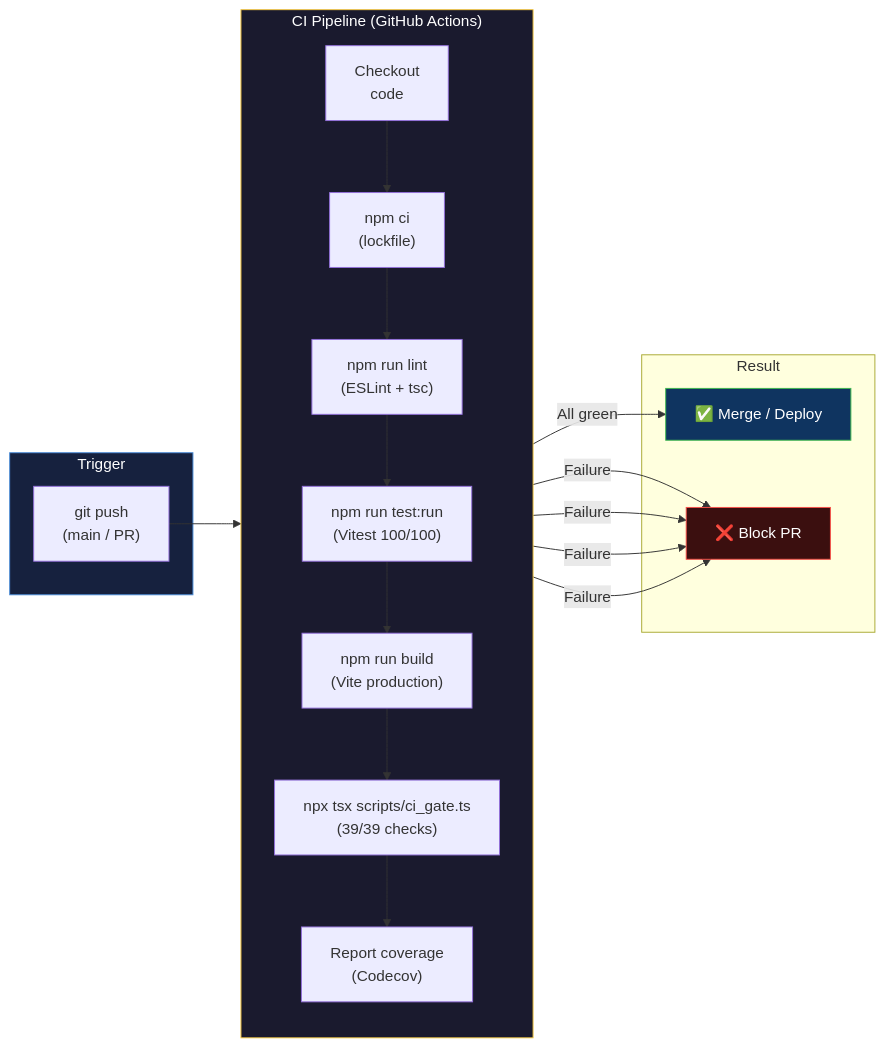
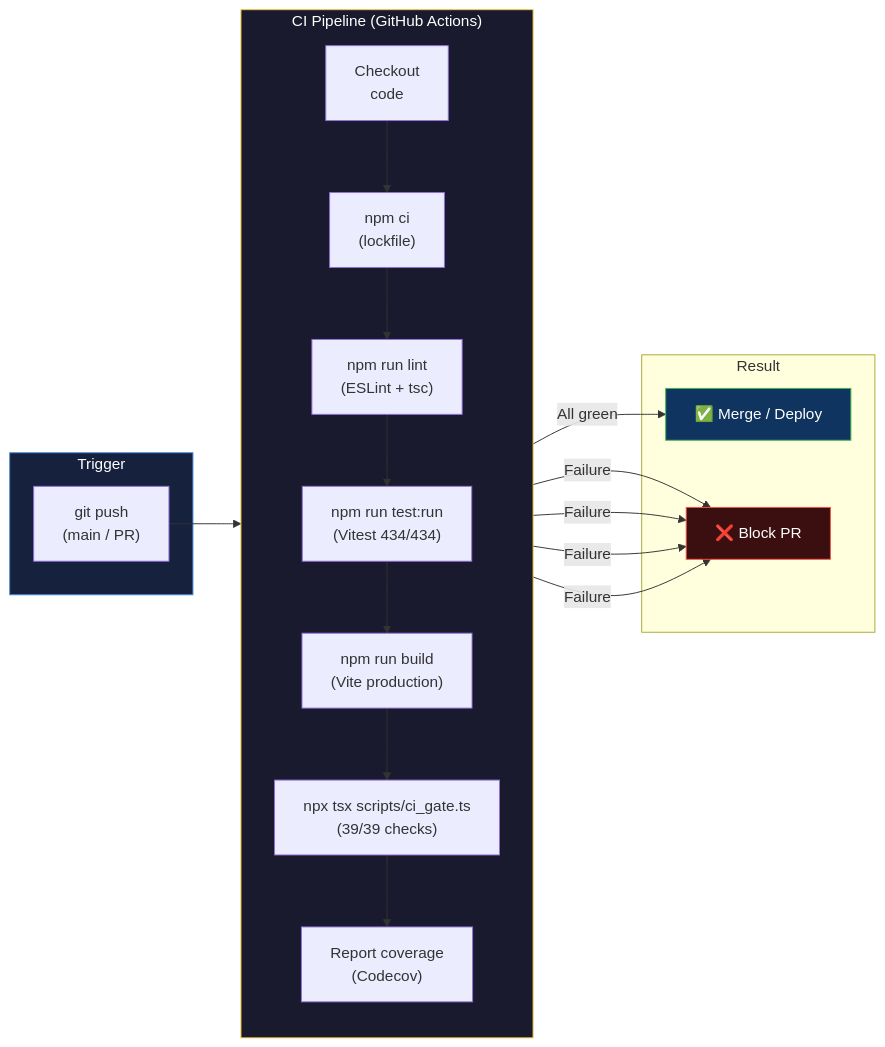
One commit to mustafaras/belief_emergence changed diagram 11 of 15 in README.md. Above: the diagram before and after it, drawn with Mermaid. The commit also changed other lines of this file and 11 other files, not shown here.

````diff
--- a/README.md
+++ b/README.md
@@ -1787,36 +1828,36 @@
 ```mermaid
 flowchart LR
     subgraph Trigger["Trigger"]
         Push["git push\n(main / PR)"]
     end
 
     subgraph Pipeline["CI Pipeline (GitHub Actions)"]
         direction TB
         Checkout["Checkout\ncode"]
         Install["npm ci\n(lockfile)"]
         Lint["npm run lint\n(ESLint + tsc)"]
-        Test["npm run test:run\n(Vitest 100/100)"]
+        Test["npm run test:run\n(Vitest 434/434)"]
         Build["npm run build\n(Vite production)"]
         Gate["npx tsx scripts/ci_gate.ts\n(39/39 checks)"]
         Coverage["Report coverage\n(Codecov)"]
 
         Checkout --> Install --> Lint --> Test --> Build --> Gate --> Coverage
     end
 
     subgraph Result["Result"]
         Pass["✅ Merge / Deploy"]
         Fail["❌ Block PR"]
     end
 
     Push --> Checkout
     Coverage -->|"All green"| Pass
     Lint -->|"Failure"| Fail
     Test -->|"Failure"| Fail
     Build -->|"Failure"| Fail
     Gate -->|"Failure"| Fail
 
     style Trigger fill:#16213e,stroke:#4c8eda,color:#fff
     style Pipeline fill:#1a1a2e,stroke:#f5c842,color:#fff
     style Pass fill:#0f3460,stroke:#3fb950,color:#fff
     style Fail fill:#3b0f0f,stroke:#f85149,color:#fff
 ```
````
